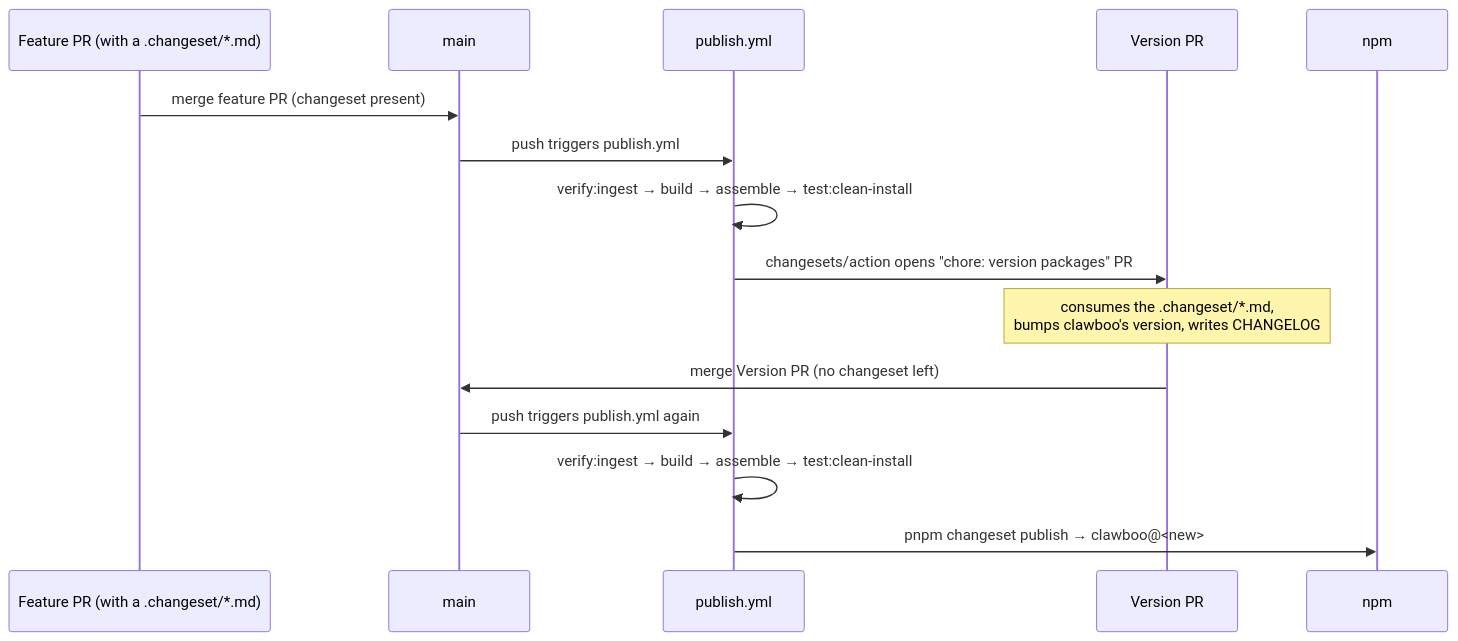
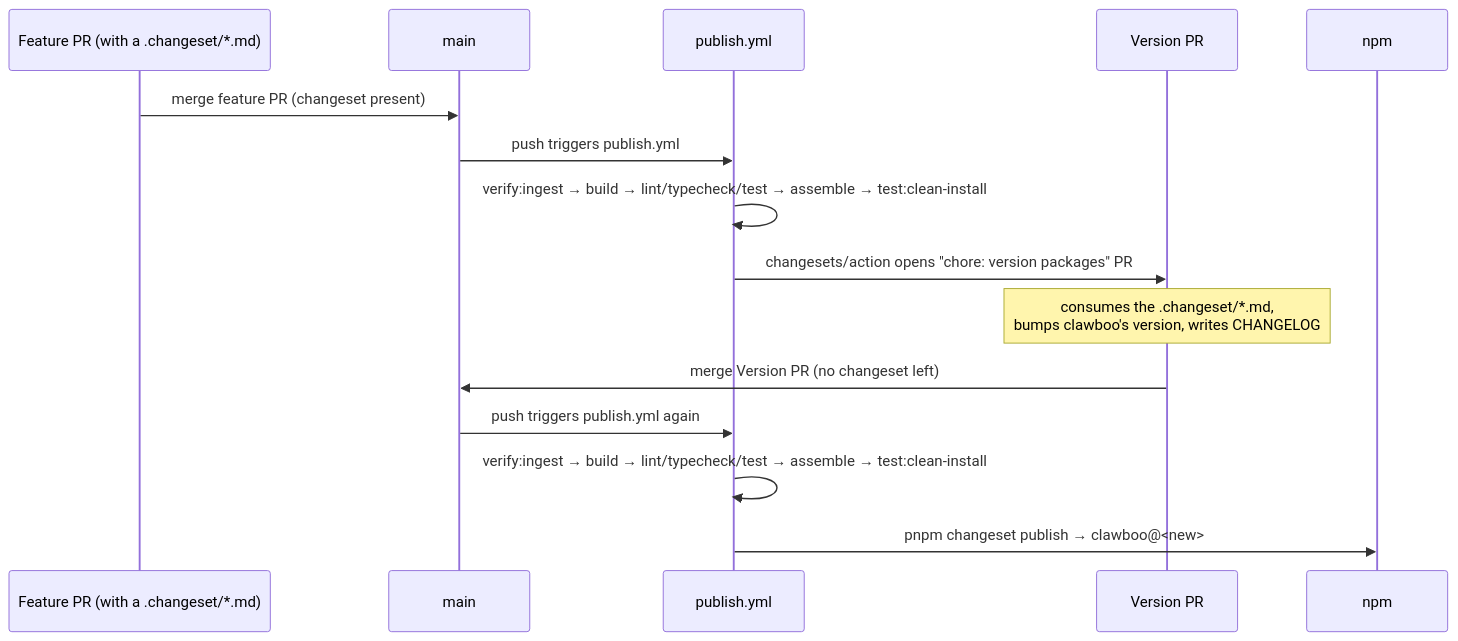
The second of 2 diagrams in docs/internals/release-process.md (clawboo/clawboo), drawn with Mermaid before and after one commit. The commit also changed other lines of this file and 57 other files, not shown here.

Commit message:
chore(ci): run lint, typecheck, and tests before publish; assert the SPA boots

````diff
--- a/docs/internals/release-process.md
+++ b/docs/internals/release-process.md
@@ -96,18 +96,18 @@
 ```mermaid
 sequenceDiagram
     participant Dev as Feature PR (with a .changeset/*.md)
     participant Main as main
     participant Pub as publish.yml
     participant VPR as Version PR
     participant npm
 
     Dev->>Main: merge feature PR (changeset present)
     Main->>Pub: push triggers publish.yml
-    Pub->>Pub: verify:ingest → build → assemble → test:clean-install
+    Pub->>Pub: verify:ingest → build → lint/typecheck/test → assemble → test:clean-install
     Pub->>VPR: changesets/action opens "chore: version packages" PR
     Note over VPR: consumes the .changeset/*.md,<br/>bumps clawboo's version, writes CHANGELOG
     VPR->>Main: merge Version PR (no changeset left)
     Main->>Pub: push triggers publish.yml again
-    Pub->>Pub: verify:ingest → build → assemble → test:clean-install
+    Pub->>Pub: verify:ingest → build → lint/typecheck/test → assemble → test:clean-install
     Pub->>npm: pnpm changeset publish → clawboo@<new>
 ```
````
